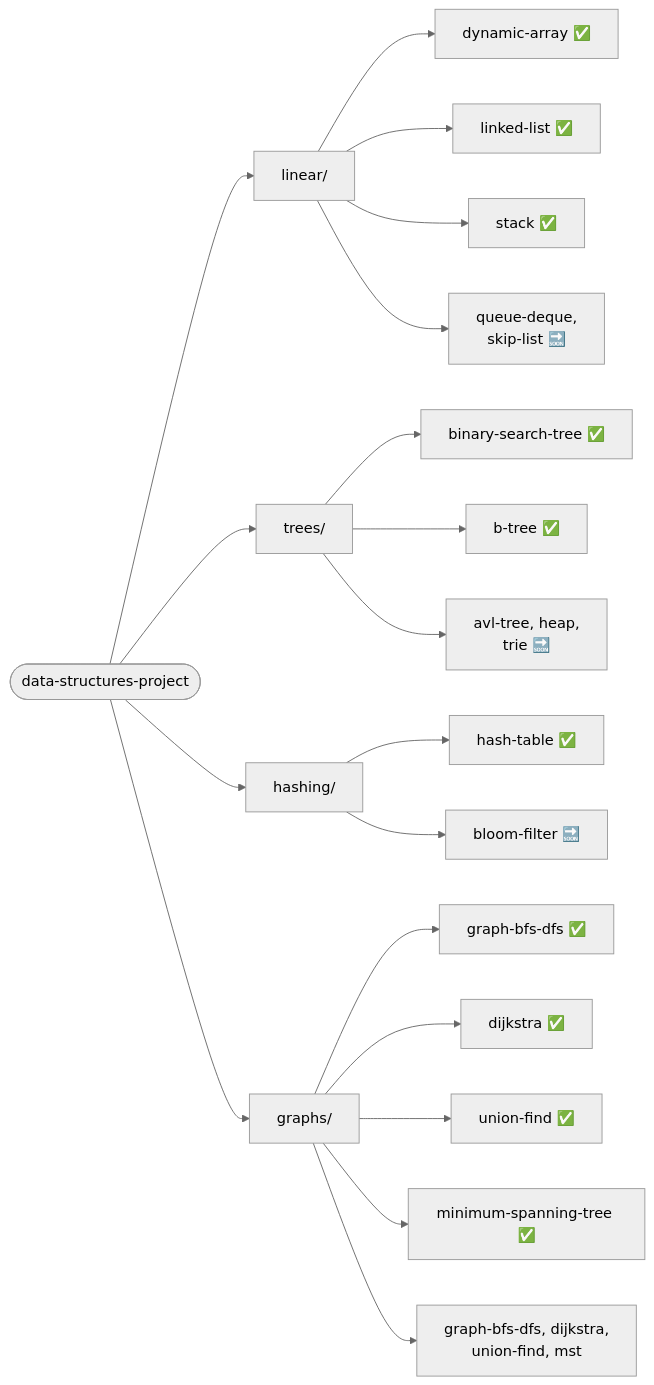
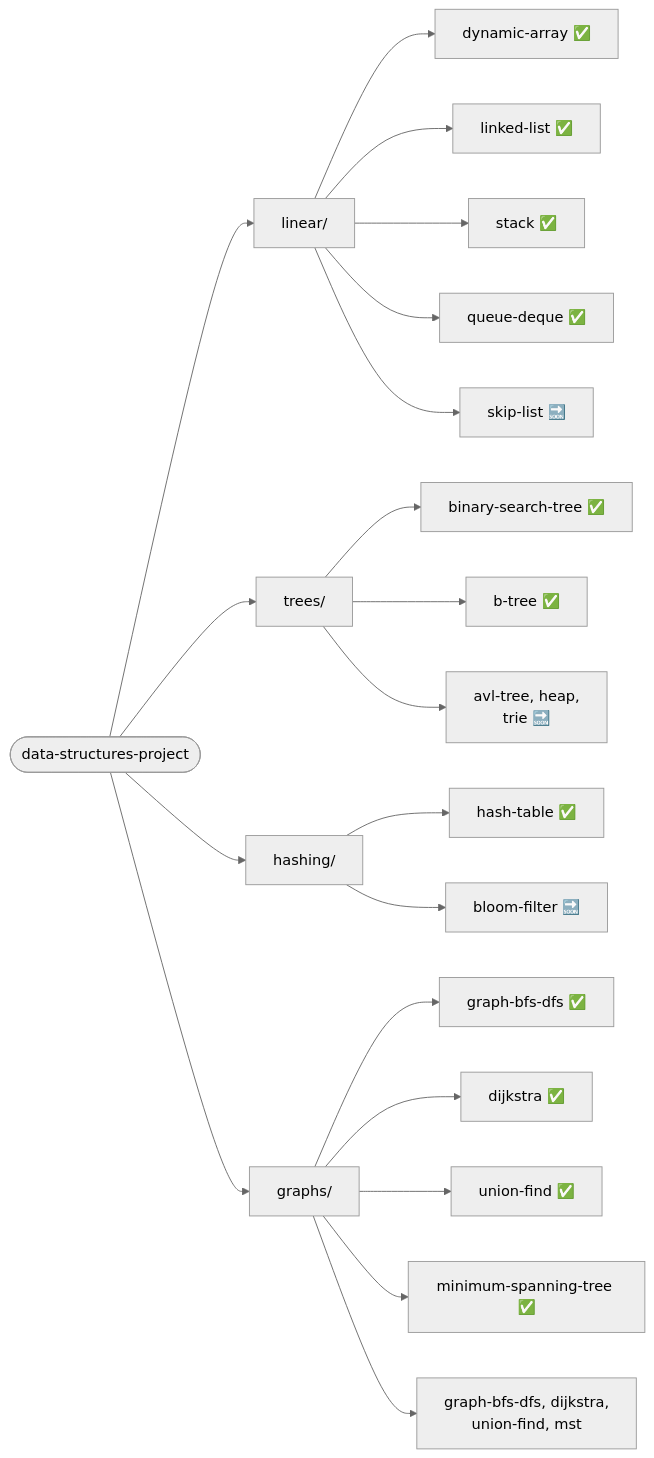
The diagram in README.md (leon-lourenco/data-structures-project), drawn with Mermaid (neutral theme) before and after one commit. The commit also changed other lines of this file and 9 other files, not shown here.

First line of the commit message:
Add Queue/Deque module: telecom support ticket triage

````diff
--- a/README.md
+++ b/README.md
@@ -62,21 +62,22 @@
 ```mermaid
 flowchart LR
     Root(["data-structures-project"]) --> Linear["linear/"]
     Root --> Trees["trees/"]
     Root --> Hashing["hashing/"]
     Root --> Graphs["graphs/"]
     Linear --> DynamicArray["dynamic-array ✅"]
     Linear --> LinkedList["linked-list ✅"]
     Linear --> StackMod["stack ✅"]
-    Linear --> LinearRest["queue-deque,\nskip-list 🔜"]
+    Linear --> QueueDeque["queue-deque ✅"]
+    Linear --> LinearRest["skip-list 🔜"]
     Trees --> BST["binary-search-tree ✅"]
     Trees --> BTree["b-tree ✅"]
     Trees --> TreesRest["avl-tree, heap,\ntrie 🔜"]
     Hashing --> HashTable["hash-table ✅"]
     Hashing --> HashingRest["bloom-filter 🔜"]
     Graphs --> GraphBfsDfs["graph-bfs-dfs ✅"]
     Graphs --> Dijkstra["dijkstra ✅"]
     Graphs --> UnionFind["union-find ✅"]
     Graphs --> Mst["minimum-spanning-tree ✅"]
     Graphs --> GraphsMods["graph-bfs-dfs, dijkstra,\nunion-find, mst"]
 ```
````
